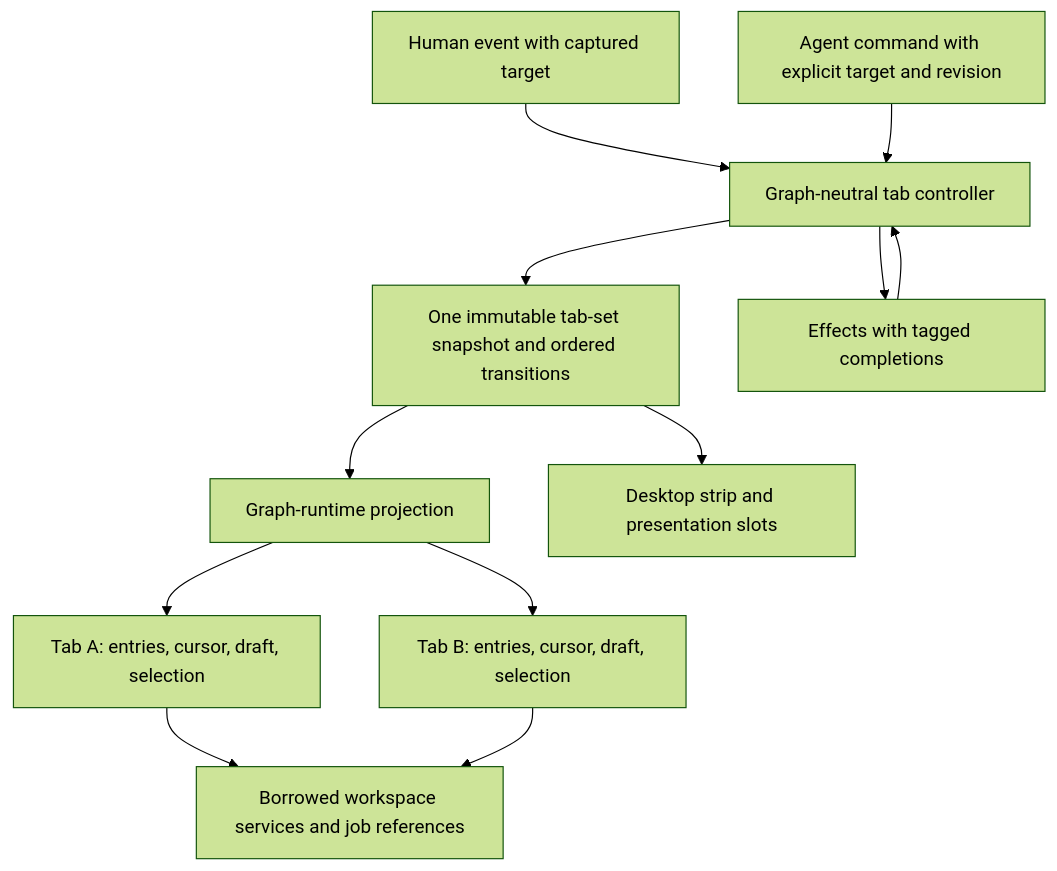
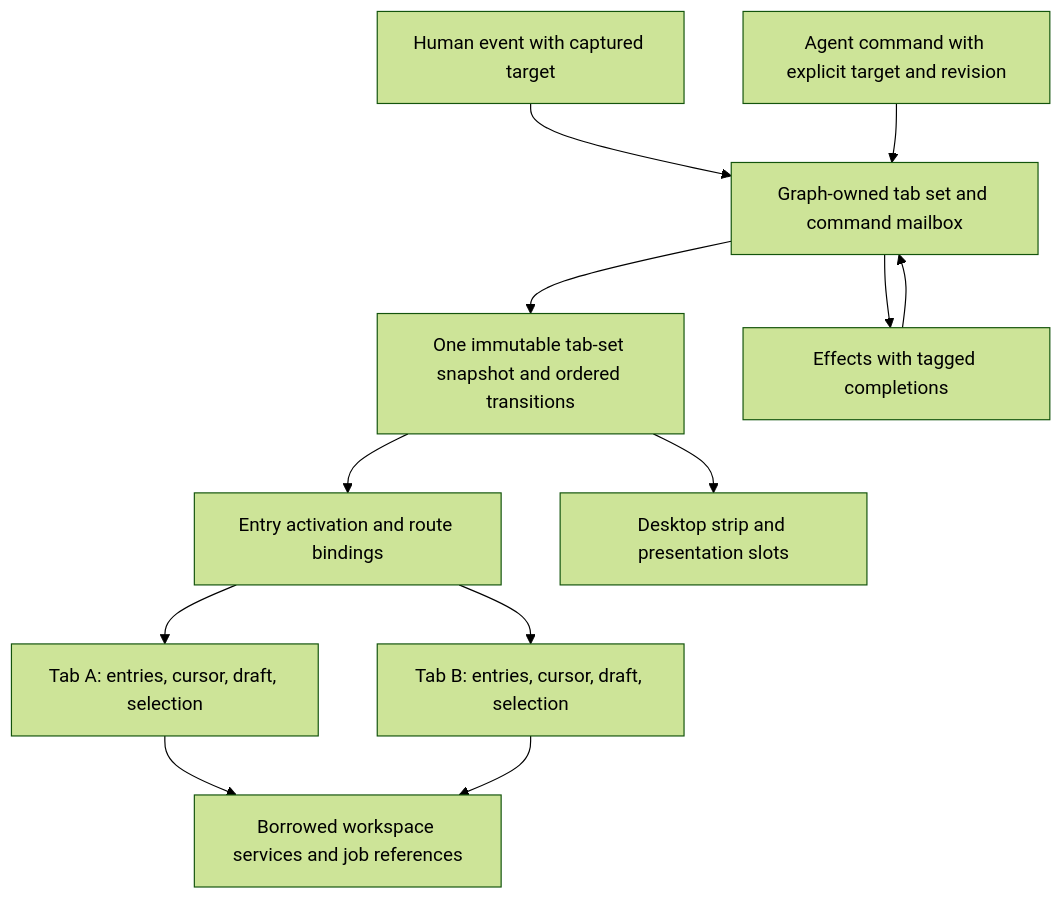
Before and after one commit to shibasis0801/reaktor: the diagram in reaktor-conductor/experiments/tabs-council-2026-09-13.md, drawn with Mermaid (forest theme). The commit also changed other lines of this file and 3 other files, not shown here.

Commit message:
docs: center agent workflows and tabs on the Reaktor graph

````diff
--- a/reaktor-conductor/experiments/tabs-council-2026-09-13.md
+++ b/reaktor-conductor/experiments/tabs-council-2026-09-13.md
@@ -17,14 +19,14 @@
 ```mermaid
 flowchart TD
-    H[Human event with captured target] --> C[Graph-neutral tab controller]
+    H[Human event with captured target] --> C[Graph-owned tab set and command mailbox]
     A[Agent command with explicit target and revision] --> C
     C --> S[One immutable tab-set snapshot and ordered transitions]
     C --> E[Effects with tagged completions]
     E --> C
-    S --> G[Graph-runtime projection]
+    S --> G[Entry activation and route bindings]
     G --> T1[Tab A: entries, cursor, draft, selection]
     G --> T2[Tab B: entries, cursor, draft, selection]
     T1 --> W[Borrowed workspace services and job references]
     T2 --> W
     S --> U[Desktop strip and presentation slots]
 ```
````
